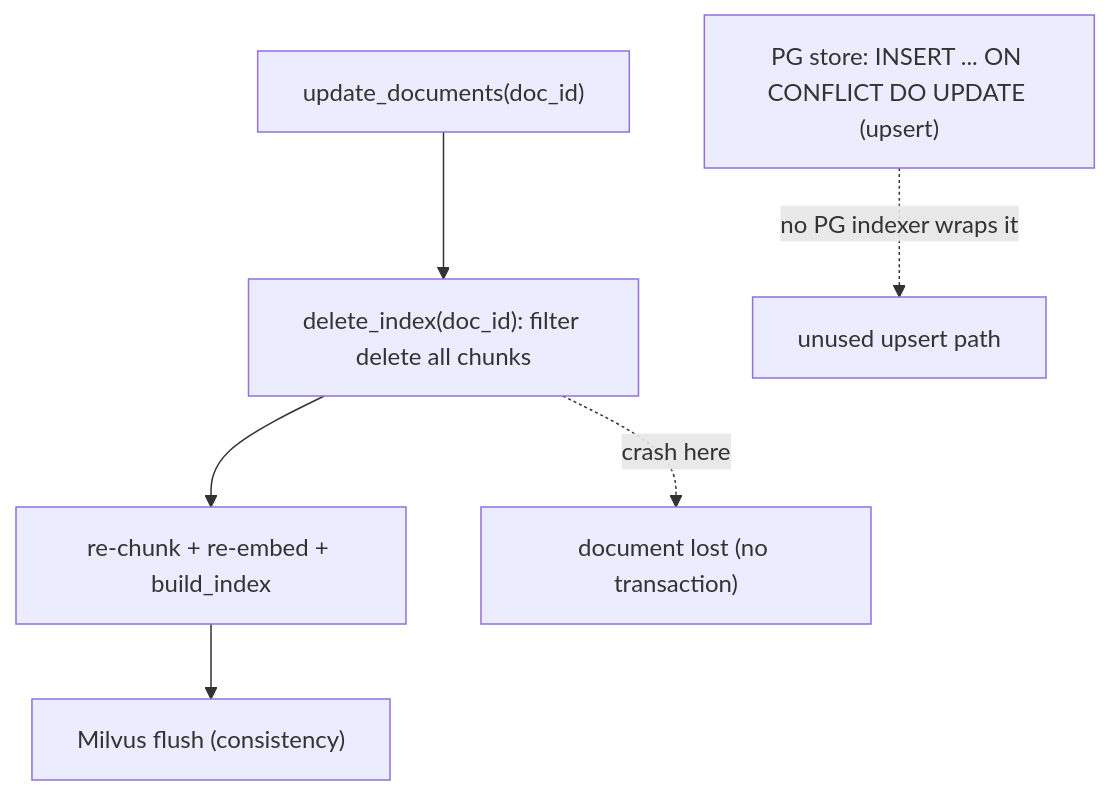
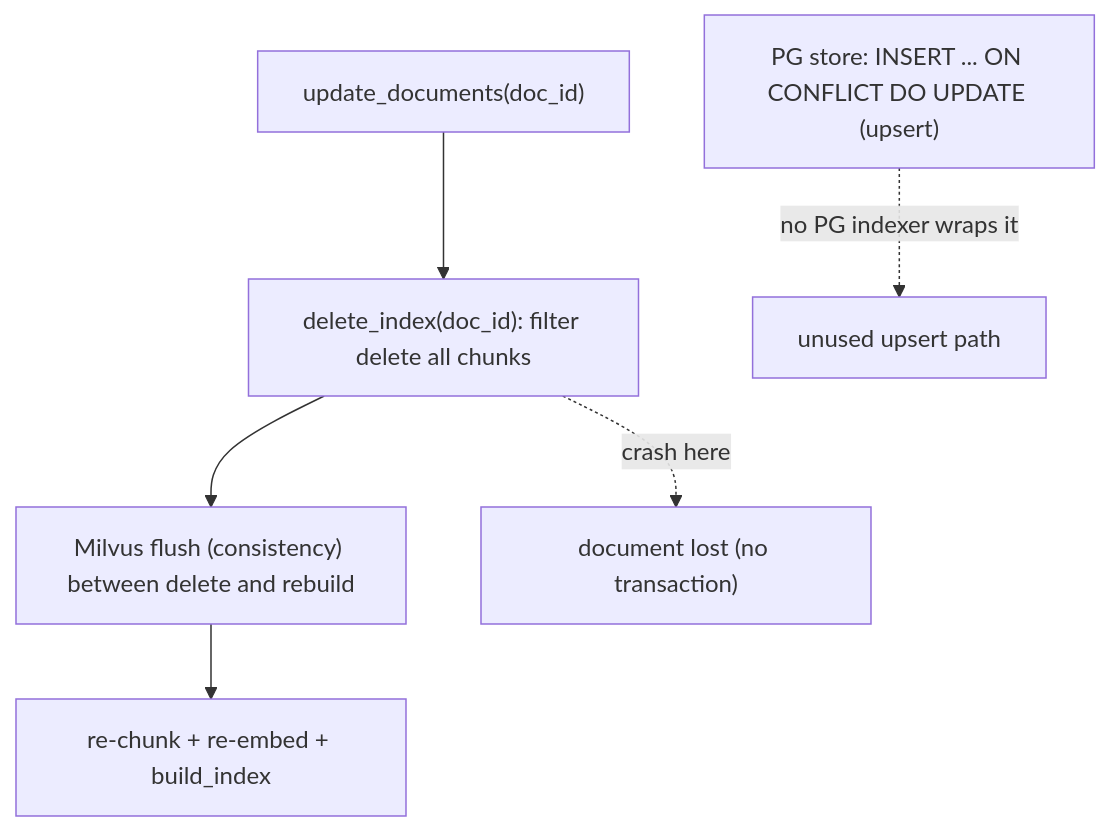
Before and after one commit to michaelatamuk/openjiuwen-jiuwenswarm: the fourth of 13 diagrams in docs-michael/interview_questions/05-rag-system-design.md, drawn with Mermaid. The commit also changed other lines of this file and 6 other files, not shown here.

````diff
--- a/docs-michael/interview_questions/05-rag-system-design.md
+++ b/docs-michael/interview_questions/05-rag-system-design.md
@@ -66,8 +67,8 @@
 ```mermaid
 flowchart TD
     UP["update_documents(doc_id)"] --> DEL["delete_index(doc_id): filter delete all chunks"]
-    DEL --> RE["re-chunk + re-embed + build_index"]
-    RE --> FL["Milvus flush (consistency)"]
+    DEL --> FL["Milvus flush (consistency) between delete and rebuild"]
+    FL --> RE["re-chunk + re-embed + build_index"]
     DEL -.->|"crash here"| LOSS["document lost (no transaction)"]
     PG["PG store: INSERT ... ON CONFLICT DO UPDATE (upsert)"] -.->|"no PG indexer wraps it"| X["unused upsert path"]
 ```
````
